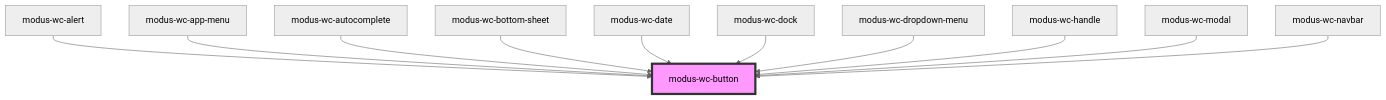
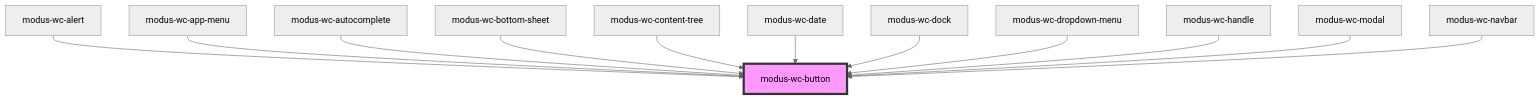
Before and after one commit to trimble-oss/modus-wc-2.0: the diagram in src/components/modus-wc-button/readme.md, drawn with Mermaid (neutral theme). The commit also changed other lines of this file and 24 other files, not shown here.

Commit message:
Content tree: Add content tree component (#1191)

````diff
--- a/src/components/modus-wc-button/readme.md
+++ b/src/components/modus-wc-button/readme.md
@@ -50,14 +51,15 @@
 ```mermaid
 graph TD;
   modus-wc-alert --> modus-wc-button
   modus-wc-app-menu --> modus-wc-button
   modus-wc-autocomplete --> modus-wc-button
   modus-wc-bottom-sheet --> modus-wc-button
+  modus-wc-content-tree --> modus-wc-button
   modus-wc-date --> modus-wc-button
   modus-wc-dock --> modus-wc-button
   modus-wc-dropdown-menu --> modus-wc-button
   modus-wc-handle --> modus-wc-button
   modus-wc-modal --> modus-wc-button
   modus-wc-navbar --> modus-wc-button
   style modus-wc-button fill:#f9f,stroke:#333,stroke-width:4px
 ```
````
